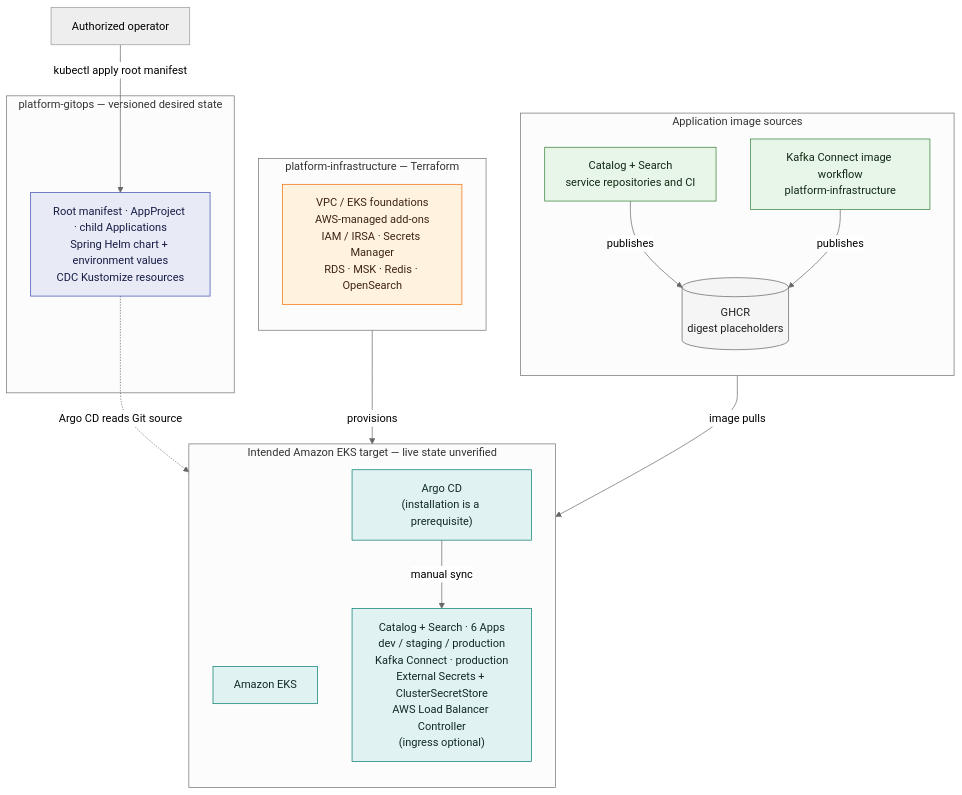
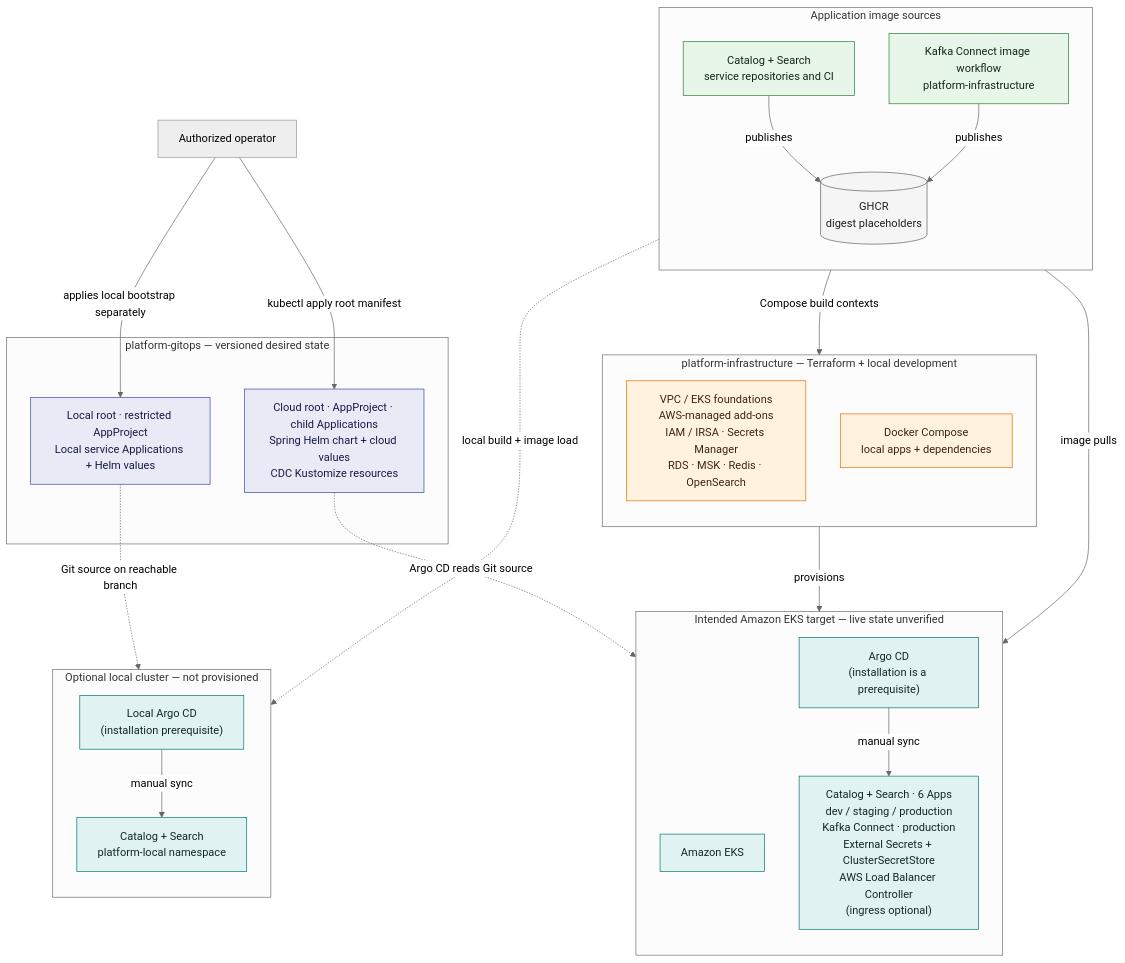
One commit to Jahrough/platform-gitops changed the diagram in README.md. Above: the diagram before and after it, drawn with Mermaid (neutral theme). The commit also changed other lines of this file and 14 other files, not shown here.

First line of the commit message:
Add isolated local Kubernetes GitOps profile

````diff
--- a/README.md
+++ b/README.md
@@ -16,45 +16,58 @@
 ```mermaid
 flowchart TB
   subgraph sources["Application image sources"]
     direction TB
     appRepos["Catalog + Search<br/>service repositories and CI"]
     cdcBuild["Kafka Connect image workflow<br/>platform-infrastructure"]
     registry[("GHCR<br/>digest placeholders")]
     appRepos -->|"publishes"| registry
     cdcBuild -->|"publishes"| registry
   end
 
   subgraph gitops["platform-gitops — versioned desired state"]
-    config["Root manifest · AppProject · child Applications<br/>Spring Helm chart + environment values<br/>CDC Kustomize resources"]
+    config["Cloud root · AppProject · child Applications<br/>Spring Helm chart + cloud values<br/>CDC Kustomize resources"]
+    localConfig["Local root · restricted AppProject<br/>Local service Applications + Helm values"]
   end
 
-  subgraph infra["platform-infrastructure — Terraform"]
+  subgraph infra["platform-infrastructure — Terraform + local development"]
     direction TB
     terraform["VPC / EKS foundations<br/>AWS-managed add-ons<br/>IAM / IRSA · Secrets Manager<br/>RDS · MSK · Redis · OpenSearch"]
+    compose["Docker Compose<br/>local apps + dependencies"]
   end
 
   subgraph target["Intended Amazon EKS target — live state unverified"]
     direction TB
     eks["Amazon EKS"]
     argocd["Argo CD<br/>(installation is a prerequisite)"]
     workloads["Catalog + Search · 6 Apps<br/>dev / staging / production<br/>Kafka Connect · production<br/>External Secrets + ClusterSecretStore<br/>AWS Load Balancer Controller<br/>(ingress optional)"]
     argocd -->|"manual sync"| workloads
   end
 
+  subgraph localTarget["Optional local cluster — not provisioned"]
+    direction TB
+    localArgo["Local Argo CD<br/>(installation prerequisite)"]
+    localWorkloads["Catalog + Search<br/>platform-local namespace"]
+    localArgo -->|"manual sync"| localWorkloads
+  end
+
   operator["Authorized operator"]
   operator -->|"kubectl apply root manifest"| config
   config -. "Argo CD reads Git source" .-> argocd
+  operator -->|"applies local bootstrap separately"| localConfig
+  localConfig -. "Git source on reachable branch" .-> localArgo
   registry -->|"image pulls"| workloads
   terraform -->|"provisions"| eks
+  appRepos -->|"Compose build contexts"| compose
+  appRepos -. "local build + image load" .-> localWorkloads
 
   classDef source fill:#e8f5e9,stroke:#2e7d32,color:#102a13
   classDef gitopsNode fill:#e8eaf6,stroke:#3949ab,color:#151b45
   classDef targetNode fill:#e0f2f1,stroke:#00796b,color:#102a28
   classDef infraNode fill:#fff3e0,stroke:#ef6c00,color:#3e2410
   classDef external fill:#f5f5f5,stroke:#616161,color:#212121
   class appRepos,cdcBuild source
-  class config gitopsNode
-  class eks,argocd,workloads targetNode
-  class terraform infraNode
+  class config,localConfig gitopsNode
+  class eks,argocd,workloads,localArgo,localWorkloads targetNode
+  class terraform,compose infraNode
   class registry external
 ```
````
